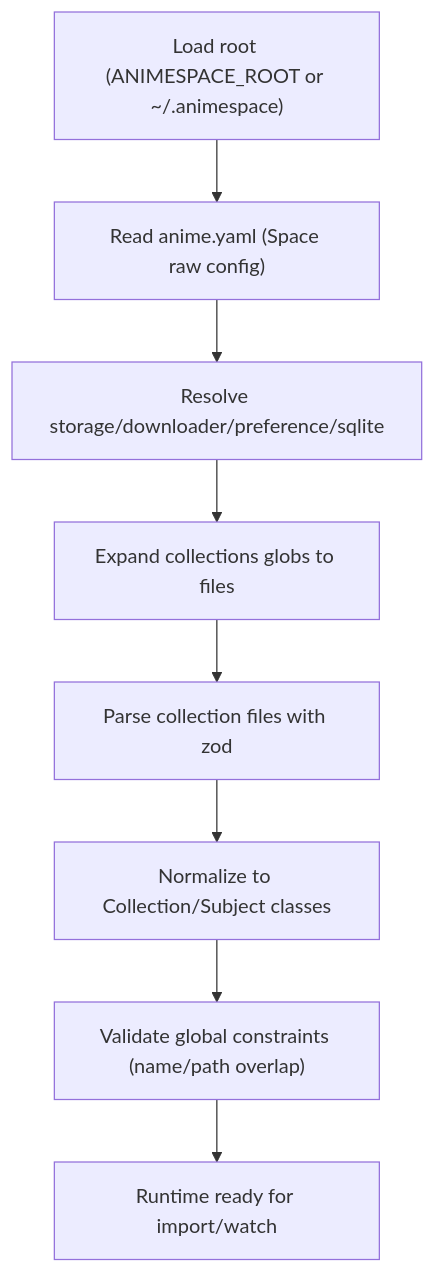
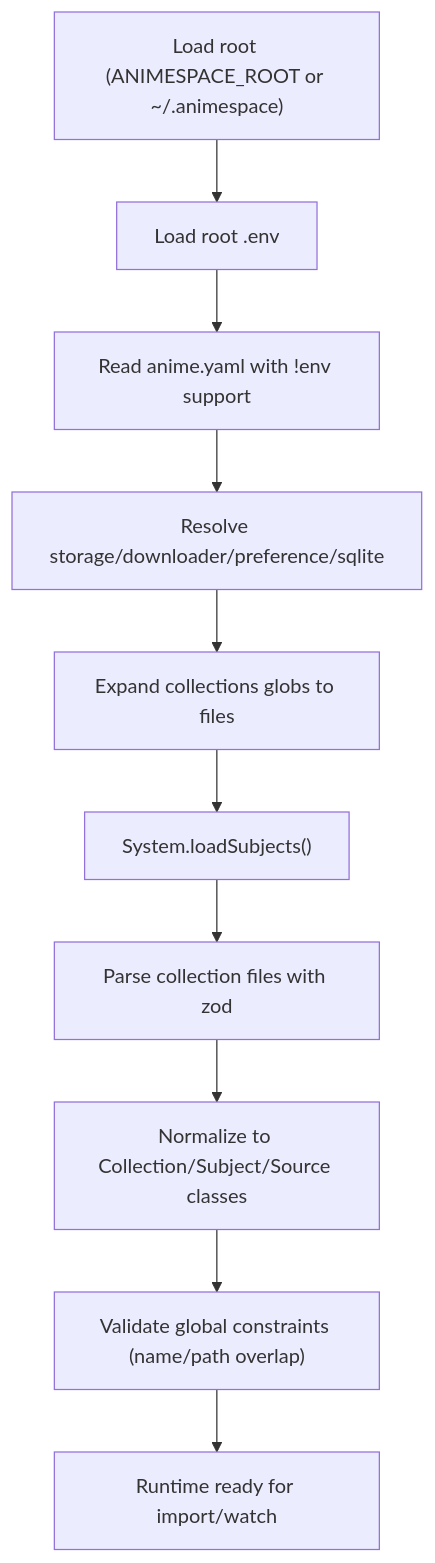
Before and after one commit to yjl9903/AnimeGarden: the diagram in apps/animespace/docs/animespace-v3-design.md, drawn with Mermaid. The commit also changed other lines of this file and 23 other files, not shown here.

Commit message:
feat(cli): add space and collection and subject

````diff
--- a/apps/animespace/docs/animespace-v3-design.md
+++ b/apps/animespace/docs/animespace-v3-design.md
@@ -32,10 +32,12 @@
 ```mermaid
 flowchart TD
-    A["Load root (ANIMESPACE_ROOT or ~/.animespace)"] --> B["Read anime.yaml (Space raw config)"]
-    B --> C["Resolve storage/downloader/preference/sqlite"]
-    C --> D["Expand collections globs to files"]
-    D --> E["Parse collection files with zod"]
-    E --> F["Normalize to Collection/Subject classes"]
-    F --> G["Validate global constraints (name/path overlap)"]
-    G --> H["Runtime ready for import/watch"]
+    A["Load root (ANIMESPACE_ROOT or ~/.animespace)"] --> B["Load root .env"]
+    B --> C["Read anime.yaml with !env support"]
+    C --> D["Resolve storage/downloader/preference/sqlite"]
+    D --> E["Expand collections globs to files"]
+    E --> F["System.loadSubjects()"]
+    F --> G["Parse collection files with zod"]
+    G --> H["Normalize to Collection/Subject/Source classes"]
+    H --> I["Validate global constraints (name/path overlap)"]
+    I --> J["Runtime ready for import/watch"]
 ```
````
